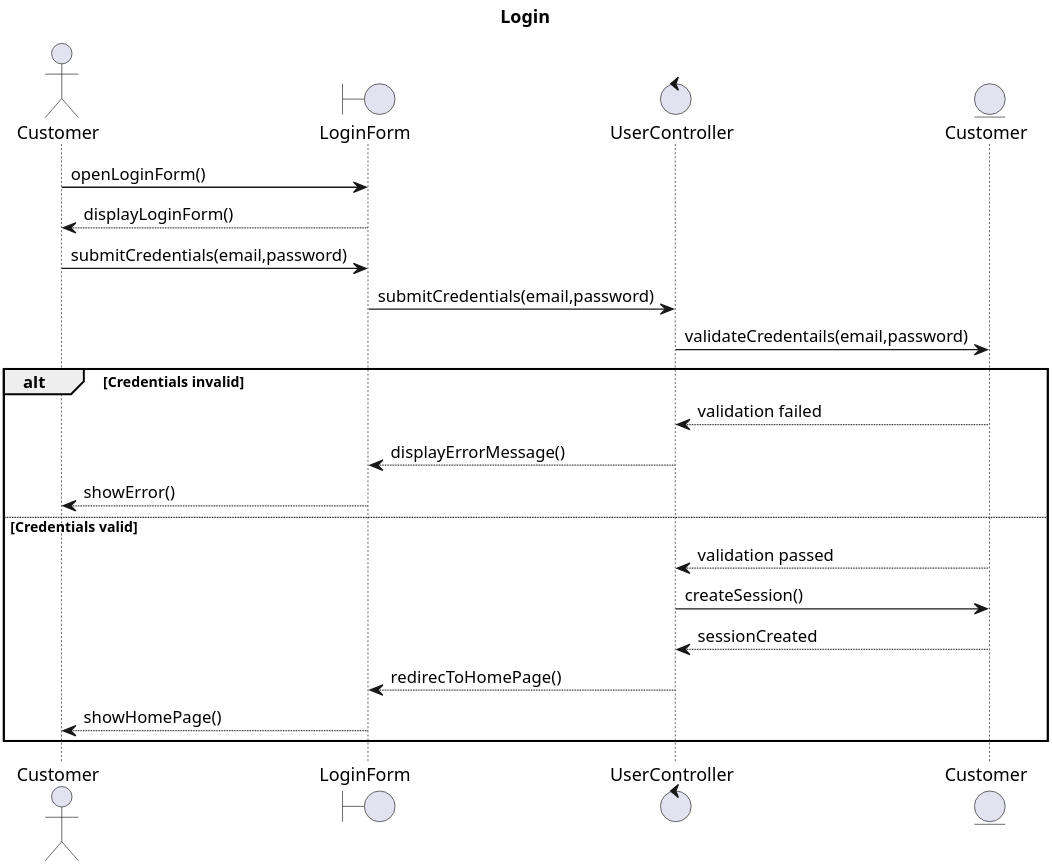
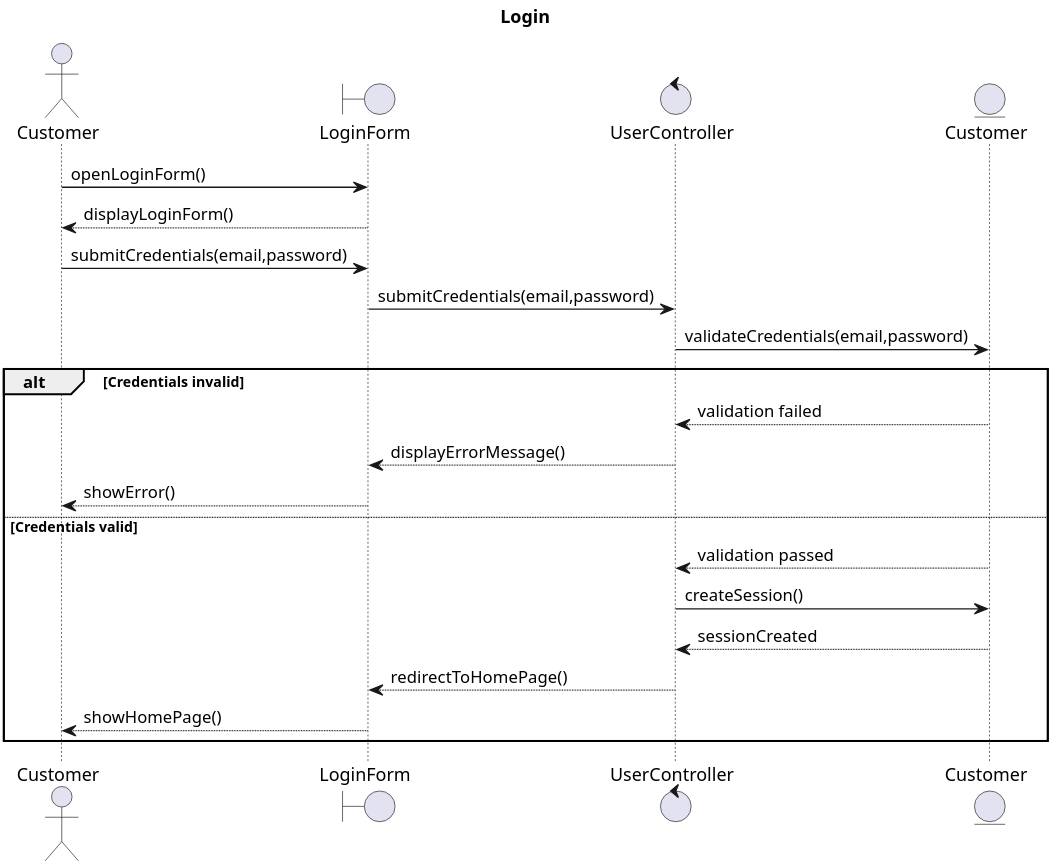
One commit to nongxu/CSCI_6234_Spring_2026_G02 changed the diagram in Design/Login_SequenceDiagram/Login.puml. Above: the diagram before and after it, drawn with PlantUML.

Commit message:
Fix spelling errors in Login sequence diagram

```diff
--- a/Design/Login_SequenceDiagram/Login.puml
+++ b/Design/Login_SequenceDiagram/Login.puml
@@ -1,29 +1,29 @@
 @startuml
 skinparam dpi 300
 title Login 
 
 actor Customer as customer
 
 boundary "LoginForm" as loginForm
 control "UserController" as userCtrl 
 entity "Customer" as customerEntity
 
 customer -> loginForm : openLoginForm()
 loginForm --> customer : displayLoginForm()
 customer -> loginForm : submitCredentials(email,password)
 loginForm -> userCtrl : submitCredentials(email,password)
-userCtrl -> customerEntity : validateCredentails(email,password)
+userCtrl -> customerEntity : validateCredentials(email,password)
 
 alt Credentials invalid
     customerEntity --> userCtrl : validation failed
     userCtrl --> loginForm : displayErrorMessage()
     loginForm --> customer : showError()
 else Credentials valid 
     customerEntity --> userCtrl : validation passed
     userCtrl -> customerEntity : createSession()
     customerEntity --> userCtrl : sessionCreated
-    userCtrl --> loginForm : redirecToHomePage()
+    userCtrl --> loginForm : redirectToHomePage()
     loginForm --> customer : showHomePage() 
 end
 
 @enduml
```
